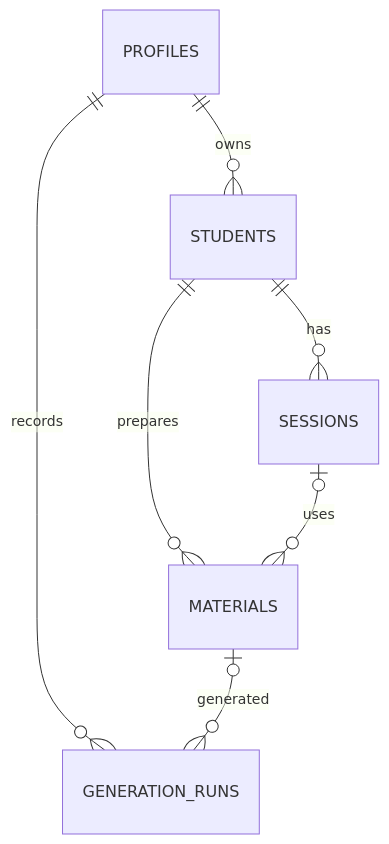
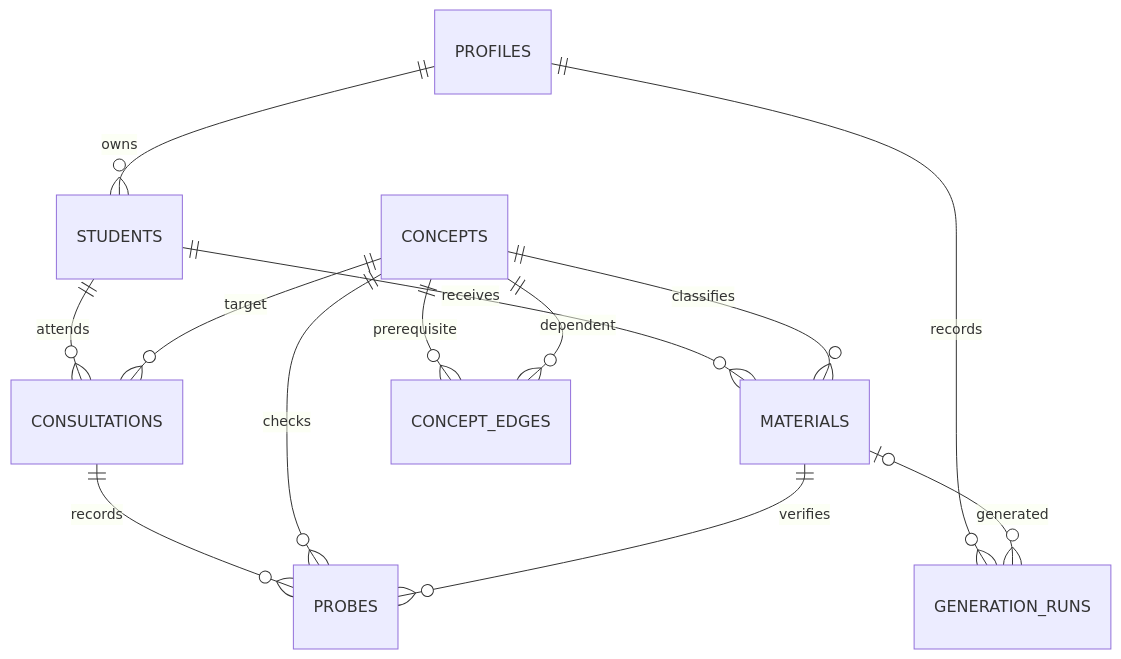
Before and after one commit to tatsu0627/tatsucode: the diagram in tutorflow-ai/docs/data-model.md, drawn with Mermaid. The commit also changed other lines of this file and 47 other files, not shown here.

````diff
--- a/tutorflow-ai/docs/data-model.md
+++ b/tutorflow-ai/docs/data-model.md
@@ -3,9 +3,15 @@
 ```mermaid
 erDiagram
   PROFILES ||--o{ STUDENTS : owns
-  STUDENTS ||--o{ SESSIONS : has
-  STUDENTS ||--o{ MATERIALS : prepares
-  SESSIONS o|--o{ MATERIALS : uses
+  STUDENTS ||--o{ CONSULTATIONS : attends
+  STUDENTS ||--o{ MATERIALS : receives
+  CONCEPTS ||--o{ CONCEPT_EDGES : prerequisite
+  CONCEPTS ||--o{ CONCEPT_EDGES : dependent
+  CONCEPTS ||--o{ CONSULTATIONS : target
+  CONCEPTS ||--o{ MATERIALS : classifies
+  CONSULTATIONS ||--o{ PROBES : records
+  CONCEPTS ||--o{ PROBES : checks
+  MATERIALS ||--o{ PROBES : verifies
   PROFILES ||--o{ GENERATION_RUNS : records
   MATERIALS o|--o{ GENERATION_RUNS : generated
 ```
````
